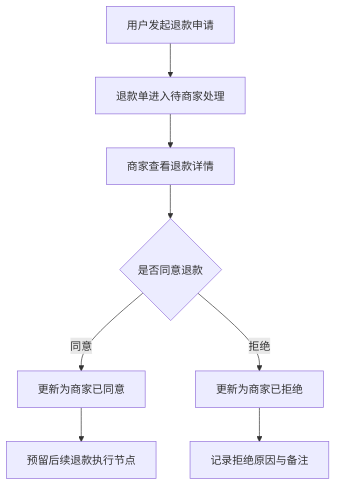
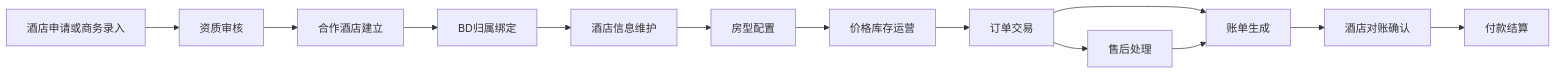
The diagram in plans/hotel-management-plan.md (hhhh-wang/YimaMerchant), drawn with Mermaid before and after one commit. The commit also changed other lines of this file and 4 other files, not shown here.

````diff
--- a/plans/hotel-management-plan.md
+++ b/plans/hotel-management-plan.md
@@ -422,10 +152,15 @@
 ```mermaid
-flowchart TD
-A[用户发起退款申请] --> B[退款单进入待商家处理]
-B --> C[商家查看退款详情]
-C --> D{是否同意退款}
-D -->|同意| E[更新为商家已同意]
-D -->|拒绝| F[更新为商家已拒绝]
-E --> G[预留后续退款执行节点]
-F --> H[记录拒绝原因与备注]
+flowchart LR
+    A[酒店申请或商务录入] --> B[资质审核]
+    B --> C[合作酒店建立]
+    C --> D[BD归属绑定]
+    D --> E[酒店信息维护]
+    E --> F[房型配置]
+    F --> G[价格库存运营]
+    G --> H[订单交易]
+    H --> I[售后处理]
+    H --> J[账单生成]
+    I --> J
+    J --> K[酒店对账确认]
+    K --> L[付款结算]
 ```
````
